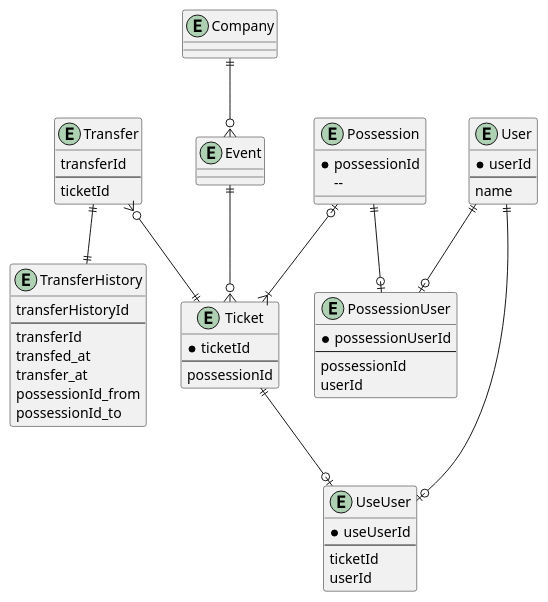
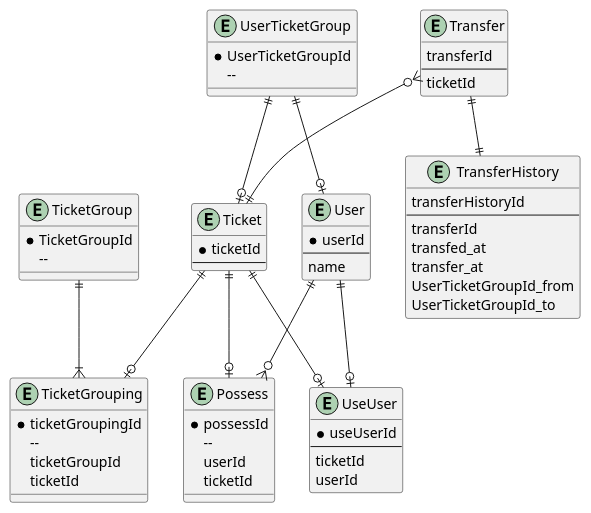
Before and after one commit to besshotaiki/practice-go-and-react: the diagram in er.pu, drawn with PlantUML. The commit also changed 2 other files, not shown here.

```diff
--- a/er.pu
+++ b/er.pu
@@ -1,58 +1,61 @@
 @startuml
-  entity Company{
-
-  }
-  entity Event{
-
-  }
   entity Ticket{
     *ticketId
     --
-    possessionId
   }
   entity User{
     *userId
     --
     name
   }
-  entity Possession{
-    *possessionId
+  entity UserTicketGroup{
+    *UserTicketGroupId
     -- 
-
   }
-  entity PossessionUser{
-    *possessionUserId
-    --
-    possessionId
+  entity TicketGroup{
+    *TicketGroupId
+    -- 
+  }
+  entity TicketGrouping{
+    *ticketGroupingId
+    -- 
+    ticketGroupId
+    ticketId
+  }
+  entity Possess{
+    *possessId
+    -- 
     userId
+    ticketId
   }
   entity UseUser{
     *useUserId
     --
     ticketId
     userId
   }
   entity TransferHistory{
     transferHistoryId
     --
     transferId
     transfed_at
     transfer_at
-    possessionId_from
-    possessionId_to
+    UserTicketGroupId_from
+    UserTicketGroupId_to
   }
   entity Transfer{
     transferId
     --
     ticketId
   }
-  Company ||--o{Event
-  Event ||--o{Ticket
-  Possession ||--o| PossessionUser
-  Possession |o--|{Ticket
-  User ||--o| PossessionUser
+  UserTicketGroup ||--o| User
+  UserTicketGroup ||--o| Ticket
+  User ||--o{Possess
   User ||--o| UseUser
+  Ticket ||--o| Possess
+  Ticket ||--o| TicketGrouping
+  TicketGroup ||--|{ TicketGrouping
   Ticket ||--o| UseUser
   Transfer }o--||Ticket
   Transfer ||--||TransferHistory
 @enduml
```
